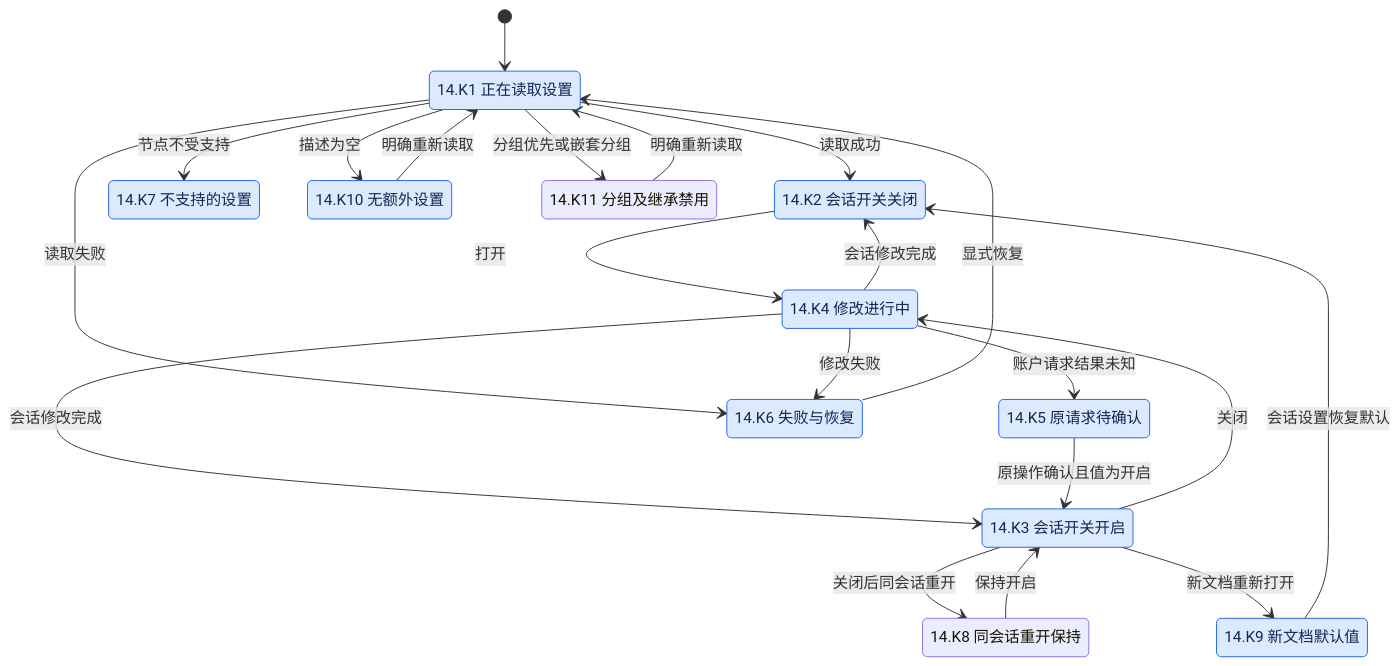
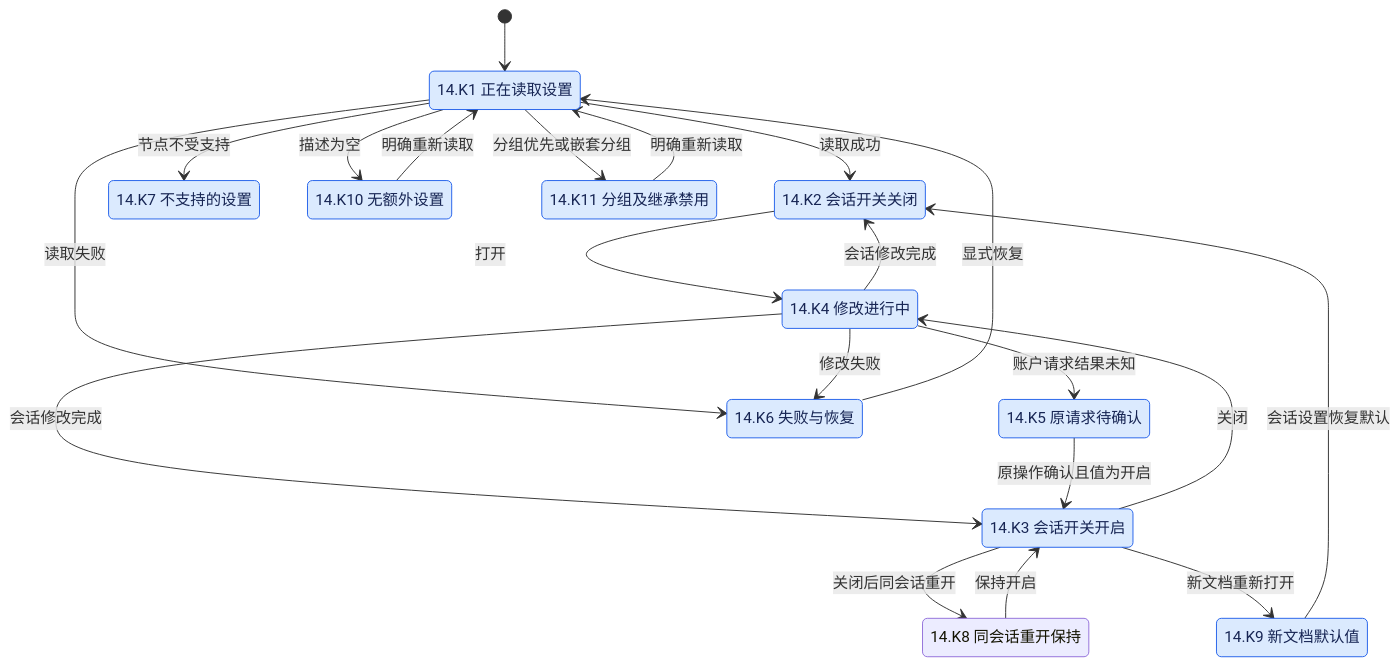
Diagram 19 of 21 in docs/verification/mihon-state-coverage.md (Wybxc/karuyomi), drawn with Mermaid before and after one commit. The commit also changed other lines of this file and 10 other files, not shown here.

Commit message:
Record migration recovery and grouped preference acceptance

````diff
--- a/docs/verification/mihon-state-coverage.md
+++ b/docs/verification/mihon-state-coverage.md
@@ -1711,36 +1711,36 @@
 ```mermaid
 stateDiagram-v2
     [*] --> LoadingPreferences
     state "14.K1 正在读取设置" as LoadingPreferences
     state "14.K2 会话开关关闭" as ToggleOff
     state "14.K3 会话开关开启" as ToggleOn
     state "14.K4 修改进行中" as ChangingPreference
     state "14.K5 原请求待确认" as PreferencePending
     state "14.K6 失败与恢复" as PreferenceFailed
     state "14.K7 不支持的设置" as UnsupportedPreference
     state "14.K8 同会话重开保持" as SessionReopened
     state "14.K9 新文档默认值" as NewDocument
     state "14.K10 无额外设置" as EmptyPreferences
     state "14.K11 分组及继承禁用" as GroupedPreferences
     LoadingPreferences --> ToggleOff: 读取成功
     LoadingPreferences --> PreferenceFailed: 读取失败
     ToggleOff --> ChangingPreference: 打开
     ToggleOn --> ChangingPreference: 关闭
     ChangingPreference --> ToggleOn: 会话修改完成
     ChangingPreference --> ToggleOff: 会话修改完成
     ChangingPreference --> PreferencePending: 账户请求结果未知
     ChangingPreference --> PreferenceFailed: 修改失败
     PreferencePending --> ToggleOn: 原操作确认且值为开启
     PreferenceFailed --> LoadingPreferences: 显式恢复
     ToggleOn --> SessionReopened: 关闭后同会话重开
     SessionReopened --> ToggleOn: 保持开启
     ToggleOn --> NewDocument: 新文档重新打开
     NewDocument --> ToggleOff: 会话设置恢复默认
     LoadingPreferences --> UnsupportedPreference: 节点不受支持
     LoadingPreferences --> EmptyPreferences: 描述为空
     LoadingPreferences --> GroupedPreferences: 分组优先或嵌套分组
     EmptyPreferences --> LoadingPreferences: 明确重新读取
     GroupedPreferences --> LoadingPreferences: 明确重新读取
     classDef paired fill:#dbeafe,color:#172554,stroke:#2563eb
-    class LoadingPreferences,ToggleOff,ToggleOn,ChangingPreference,PreferencePending,PreferenceFailed,UnsupportedPreference,NewDocument,EmptyPreferences paired
+    class LoadingPreferences,ToggleOff,ToggleOn,ChangingPreference,PreferencePending,PreferenceFailed,UnsupportedPreference,NewDocument,EmptyPreferences,GroupedPreferences paired
 ```
````
